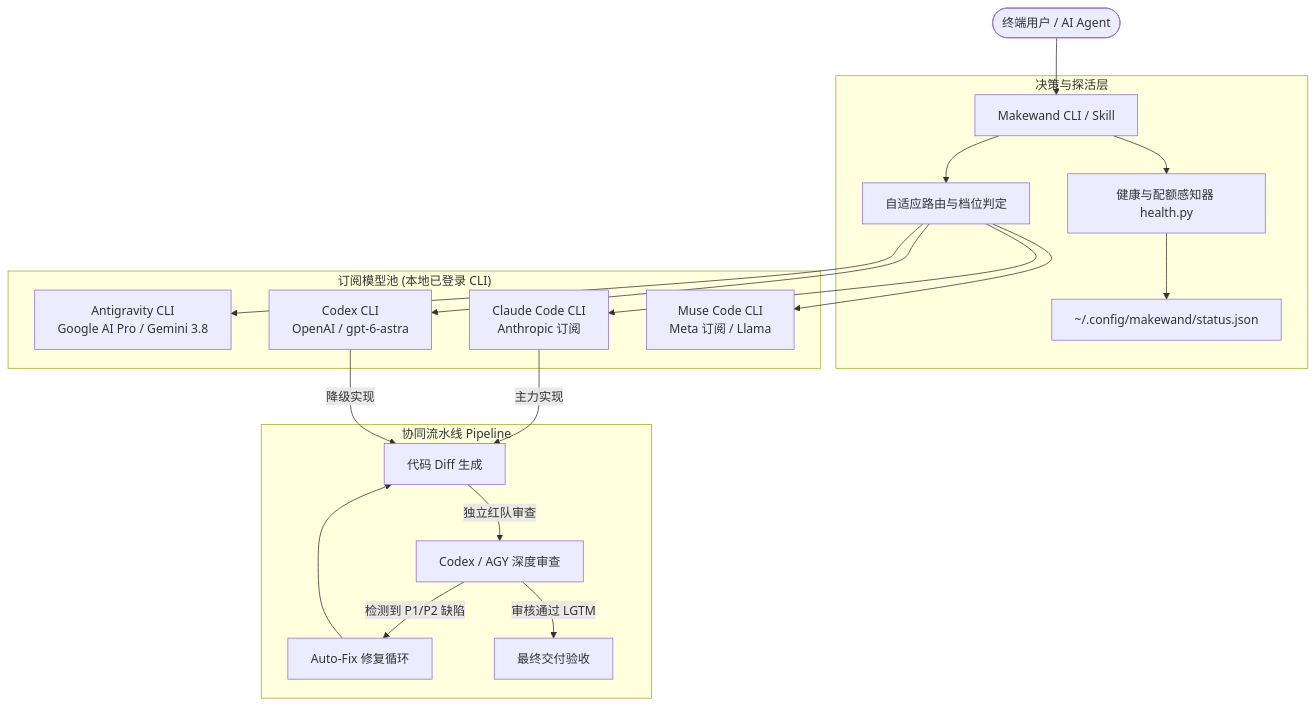
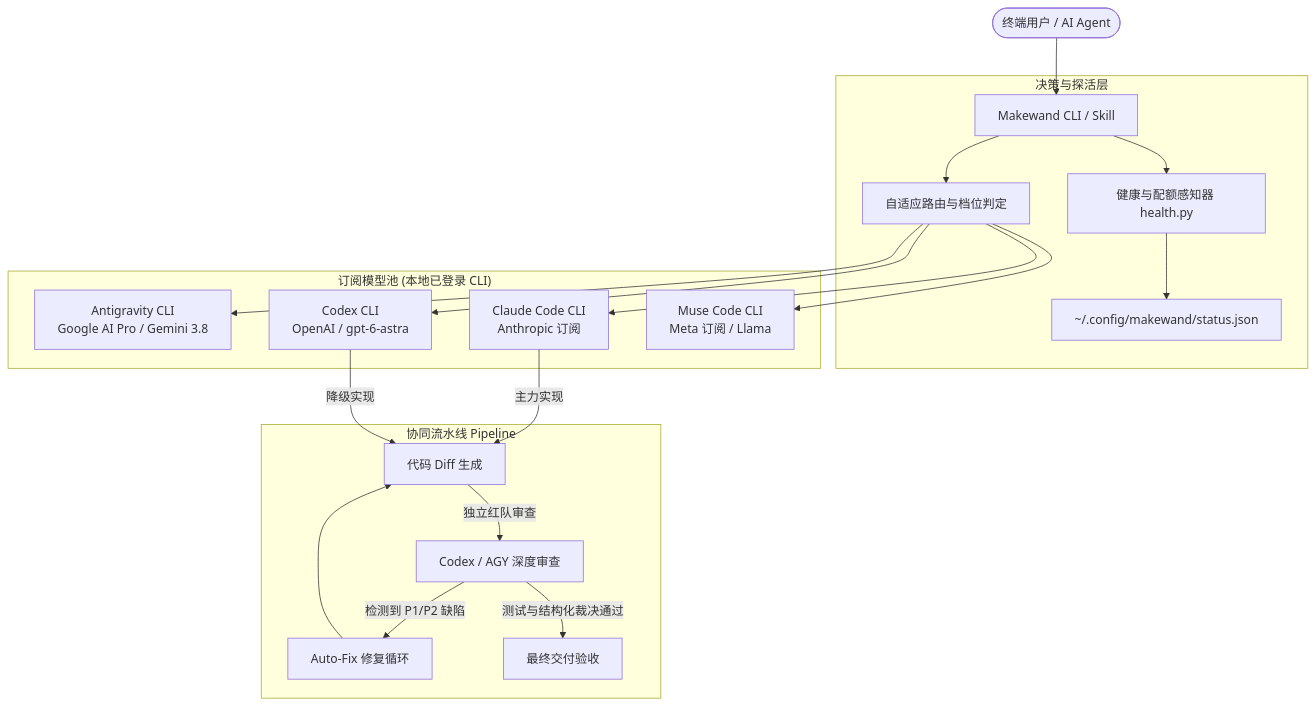
The diagram in README.md (makewand/makewand), drawn with Mermaid before and after one commit. The commit also changed other lines of this file and 247 other files, not shown here.

````diff
--- a/README.md
+++ b/README.md
@@ -37,26 +37,26 @@
 ```mermaid
 flowchart TD
     User(["终端用户 / AI Agent"]) --> MakewandCLI["Makewand CLI / Skill"]
     
     subgraph Decision ["决策与探活层"]
         MakewandCLI --> Health["健康与配额感知器 health.py"]
         Health --> Cache["~/.config/makewand/status.json"]
         MakewandCLI --> Router["自适应路由与档位判定"]
     end
 
     subgraph Pool ["订阅模型池 (本地已登录 CLI)"]
         Router --> AGY["Antigravity CLI<br>Google AI Pro / Gemini 3.8"]
         Router --> Claude["Claude Code CLI<br>Anthropic 订阅"]
         Router --> Codex["Codex CLI<br>OpenAI / gpt-6-astra"]
         Router --> Muse["Muse Code CLI<br>Meta 订阅 / Llama"]
     end
 
     subgraph Pipeline ["协同流水线 Pipeline"]
         Claude -->|主力实现| Diff["代码 Diff 生成"]
         Codex -->|降级实现| Diff
         Diff -->|独立红队审查| CodexReview["Codex / AGY 深度审查"]
         CodexReview -->|检测到 P1/P2 缺陷| AutoFix["Auto-Fix 修复循环"]
         AutoFix --> Diff
-        CodexReview -->|审核通过 LGTM| Done["最终交付验收"]
+        CodexReview -->|测试与结构化裁决通过| Done["最终交付验收"]
     end
 ```
````
